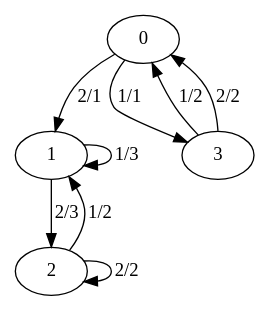
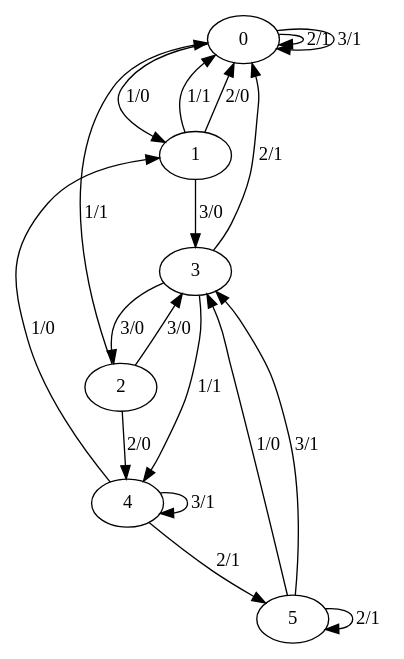
Before and after one commit to lezhnina-anna/TAiFA: the diagram in Minimization/Minimization/test.dot, drawn with Graphviz. The commit also changed 4 other files, not shown here.

```diff
--- a/Minimization/Minimization/test.dot
+++ b/Minimization/Minimization/test.dot
@@ -1,14 +1,26 @@
 digraph G {
 0;
 1;
 2;
 3;
-0->3  [label="1/1", weight="1/1"];
-0->1  [label="2/1", weight="2/1"];
-1->1  [label="1/3", weight="1/3"];
-1->2  [label="2/3", weight="2/3"];
-2->1  [label="1/2", weight="1/2"];
-2->2  [label="2/2", weight="2/2"];
-3->0  [label="1/2", weight="1/2"];
-3->0  [label="2/2", weight="2/2"];
+4;
+5;
+0->1  [label="1/0", weight="1/0"];
+0->0  [label="2/1", weight="2/1"];
+0->0  [label="3/1", weight="3/1"];
+1->0  [label="1/1", weight="1/1"];
+1->0  [label="2/0", weight="2/0"];
+1->3  [label="3/0", weight="3/0"];
+2->0  [label="1/1", weight="1/1"];
+2->4  [label="2/0", weight="2/0"];
+2->3  [label="3/0", weight="3/0"];
+3->4  [label="1/1", weight="1/1"];
+3->0  [label="2/1", weight="2/1"];
+3->2  [label="3/0", weight="3/0"];
+4->1  [label="1/0", weight="1/0"];
+4->5  [label="2/1", weight="2/1"];
+4->4  [label="3/1", weight="3/1"];
+5->3  [label="1/0", weight="1/0"];
+5->5  [label="2/1", weight="2/1"];
+5->3  [label="3/1", weight="3/1"];
 }
```
